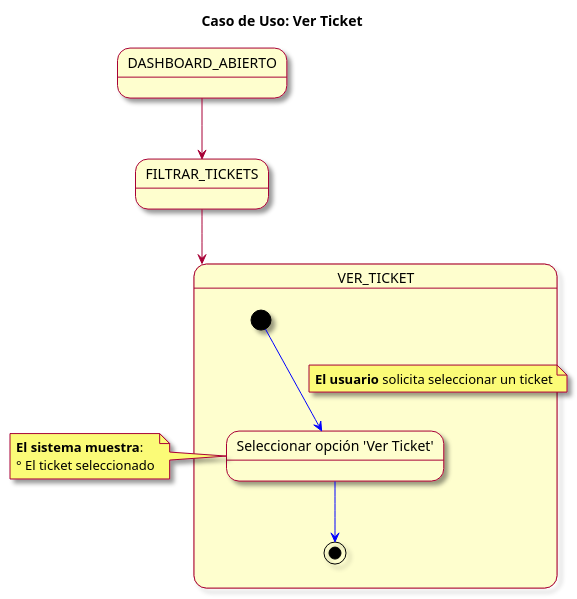
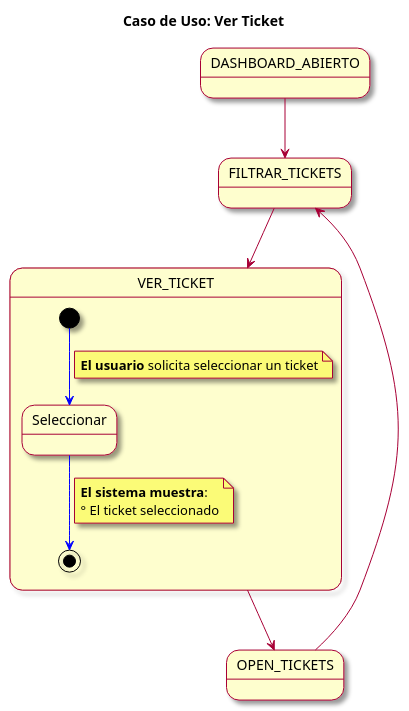
The diagram in modelosUML/CasosDeUsos/CasosDetallados/VerTicket.puml (mmasias/23-24-IdSw1-SDR), drawn with PlantUML before and after one commit.

Commit message:
cambios en VerTicket

```diff
--- a/modelosUML/CasosDeUsos/CasosDetallados/VerTicket.puml
+++ b/modelosUML/CasosDeUsos/CasosDetallados/VerTicket.puml
@@ -1,24 +1,28 @@
 @startuml
 skin rose
 title Caso de Uso: Ver Ticket
 
 state DASHBOARD_ABIERTO
 state FILTRAR_TICKETS
+state OPEN_TICKETS
 
 DASHBOARD_ABIERTO --> FILTRAR_TICKETS
 FILTRAR_TICKETS --> VER_TICKET
+VER_TICKET --> OPEN_TICKETS
+OPEN_TICKETS --> FILTRAR_TICKETS
 
 state VER_TICKET {
+[*] -[#blue]-> seleccionarOpcionVer
+  note on link : **El usuario** solicita seleccionar un ticket
+  state "Seleccionar" as seleccionarOpcionVer
+  seleccionarOpcionVer -[#blue]-> [*]
 
-  [*] -[#blue]-> seleccionarOpcionVer
-  note on link : **El usuario** solicita seleccionar un ticket
-  state "Seleccionar opción 'Ver Ticket'" as seleccionarOpcionVer
-  seleccionarOpcionVer -[#blue]-> [*]
-}
-
-note left of seleccionarOpcionVer
+note on link 
   **El sistema muestra**: 
   ° El ticket seleccionado
 end note
+  
+}
+
 
 @enduml
```
